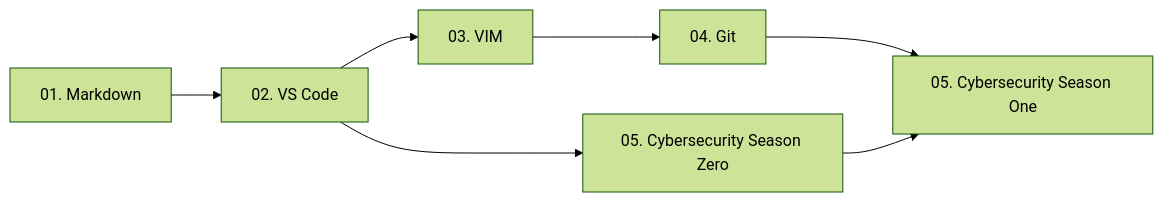
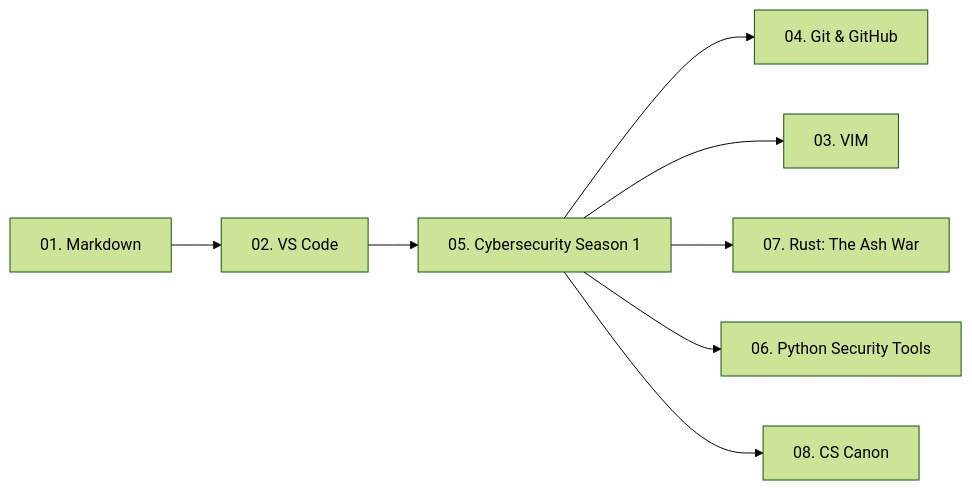
Before and after one commit to TheSilentOne-creator/The-Book-of-the-Night-Keeper: the second of 2 diagrams in README.md, drawn with Mermaid (forest theme). The commit also changed other lines of this file and 4 other files, not shown here.

````diff
--- a/README.md
+++ b/README.md
@@ -294,9 +326,10 @@
 ```mermaid
 flowchart LR
     A[01. Markdown] --> B[02. VS Code]
-    B --> C[03. VIM]
-    B --> D[05. Cybersecurity Season Zero]
-    C --> E[04. Git]
-    E --> F[05. Cybersecurity Season One]
-    D --> F[05. Cybersecurity Season One]
+    B --> C[05. Cybersecurity Season 1]
+    C --> D[04. Git & GitHub]
+    C --> E[03. VIM]
+    C --> F[07. Rust: The Ash War]
+    C --> G[06. Python Security Tools]
+    C --> H[08. CS Canon]
 ```
````
